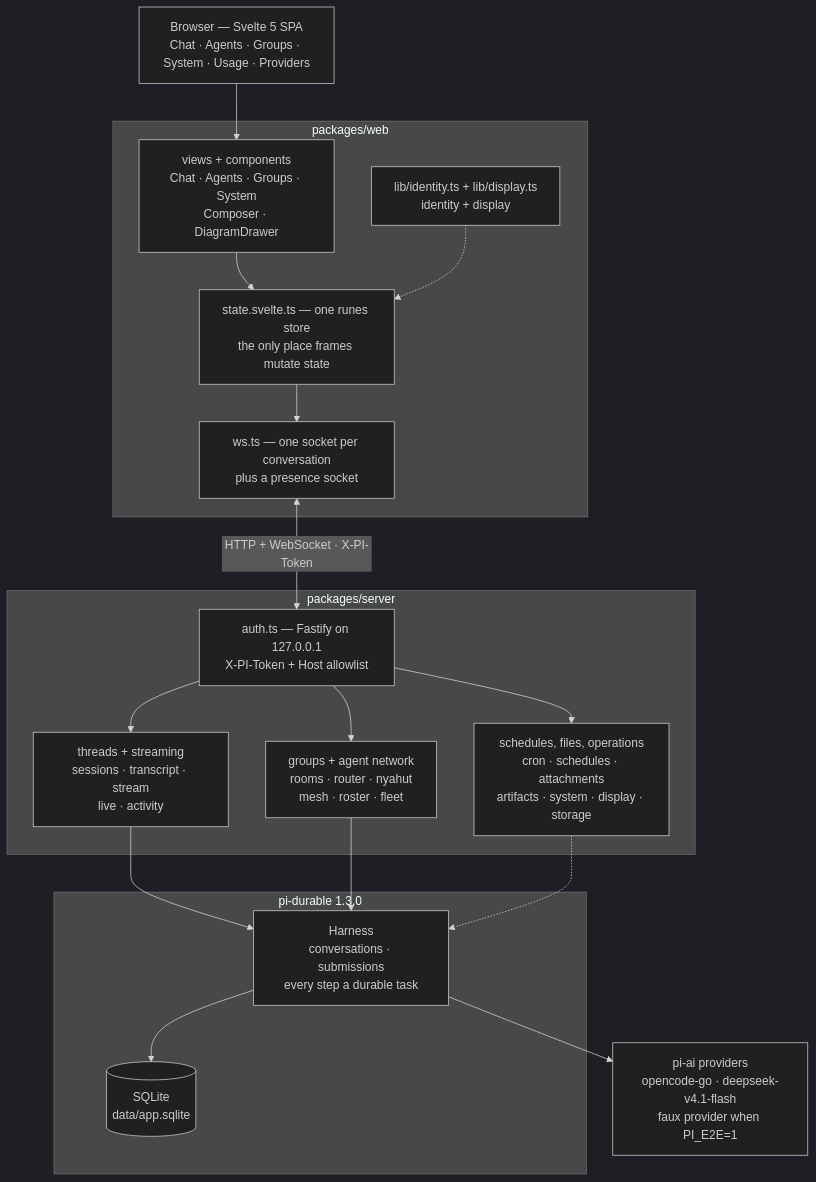
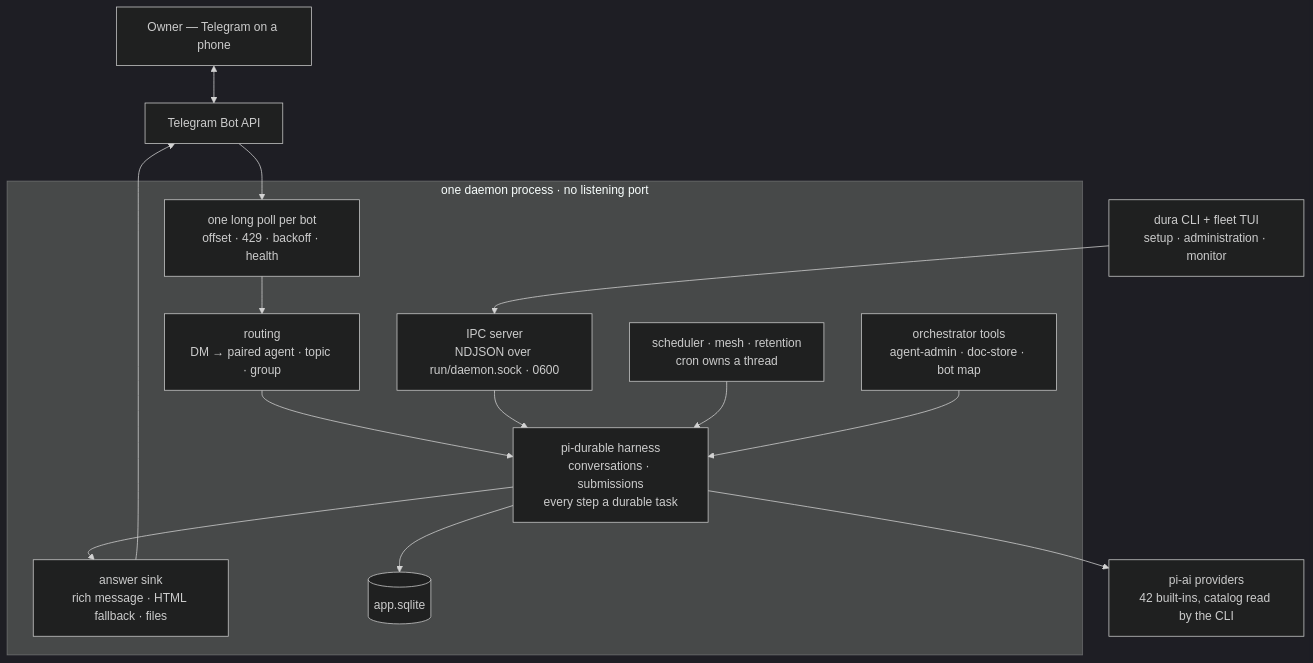
Before and after one commit to mariobgsp/articles: the diagram in durable-agents.md, drawn with Mermaid (dark theme). The commit also changed other lines of this file and 12 other files, not shown here.

First line of the commit message:
docs(durable-agents): rewrite for the CLI daemon and Telegram surface; re-pin payment-system

````diff
--- a/durable-agents.md
+++ b/durable-agents.md
@@ -66,39 +70,32 @@
 ```mermaid
 flowchart TD
-  U["Browser — Svelte 5 SPA<br/>Chat · Agents · Groups · System · Usage · Providers"]
+  P["Owner — Telegram on a phone"]
+  C["dura CLI + fleet TUI<br/>setup · administration · monitor"]
+  TG["Telegram Bot API"]
 
-  subgraph WEB["packages/web"]
-    VIEWS["views + components<br/>Chat · Agents · Groups · System<br/>Composer · DiagramDrawer"]
-    ST["state.svelte.ts — one runes store<br/>the only place frames mutate state"]
-    WS["ws.ts — one socket per conversation<br/>plus a presence socket"]
-    ID["lib/identity.ts + lib/display.ts<br/>identity + display"]
+  subgraph D["one daemon process · no listening port"]
+    POLL["one long poll per bot<br/>offset · 429 · backoff · health"]
+    ROUTE["routing<br/>DM → paired agent · topic · group"]
+    IPC["IPC server<br/>NDJSON over run/daemon.sock · 0600"]
+    H["pi-durable harness<br/>conversations · submissions<br/>every step a durable task"]
+    OPS["scheduler · mesh · retention<br/>cron owns a thread"]
+    ADM["orchestrator tools<br/>agent-admin · doc-store · bot map"]
+    RENDER["answer sink<br/>rich message · HTML fallback · files"]
+    DB[("app.sqlite")]
   end
 
-  subgraph SRV["packages/server"]
-    AUTH["auth.ts — Fastify on 127.0.0.1<br/>X-PI-Token + Host allowlist"]
-    CORE["threads + streaming<br/>sessions · transcript · stream<br/>live · activity"]
-    ORCH["groups + agent network<br/>rooms · router · nyahut<br/>mesh · roster · fleet"]
-    OPS["schedules, files, operations<br/>cron · schedules · attachments<br/>artifacts · system · display · storage"]
-  end
+  LLM["pi-ai providers<br/>42 built-ins, catalog read by the CLI"]
 
-  subgraph DUR["pi-durable 1.3.0"]
-    H["Harness<br/>conversations · submissions<br/>every step a durable task"]
-    DB[("SQLite<br/>data/app.sqlite")]
-    H --> DB
-  end
-
-  LLM["pi-ai providers<br/>opencode-go · deepseek-v4.1-flash<br/>faux provider when PI_E2E=1"]
-
-  U --> VIEWS
-  VIEWS --> ST
-  ST --> WS
-  ID -.-> ST
-  WS <-->|"HTTP + WebSocket · X-PI-Token"| AUTH
-  AUTH --> CORE
-  AUTH --> ORCH
-  AUTH --> OPS
-  CORE --> H
-  ORCH --> H
-  OPS -.-> H
+  P <--> TG
+  TG --> POLL
+  POLL --> ROUTE
+  ROUTE --> H
+  C --> IPC
+  IPC --> H
+  OPS --> H
+  ADM --> H
+  H --> DB
+  H --> RENDER
+  RENDER --> TG
   H --> LLM
 ```
````
